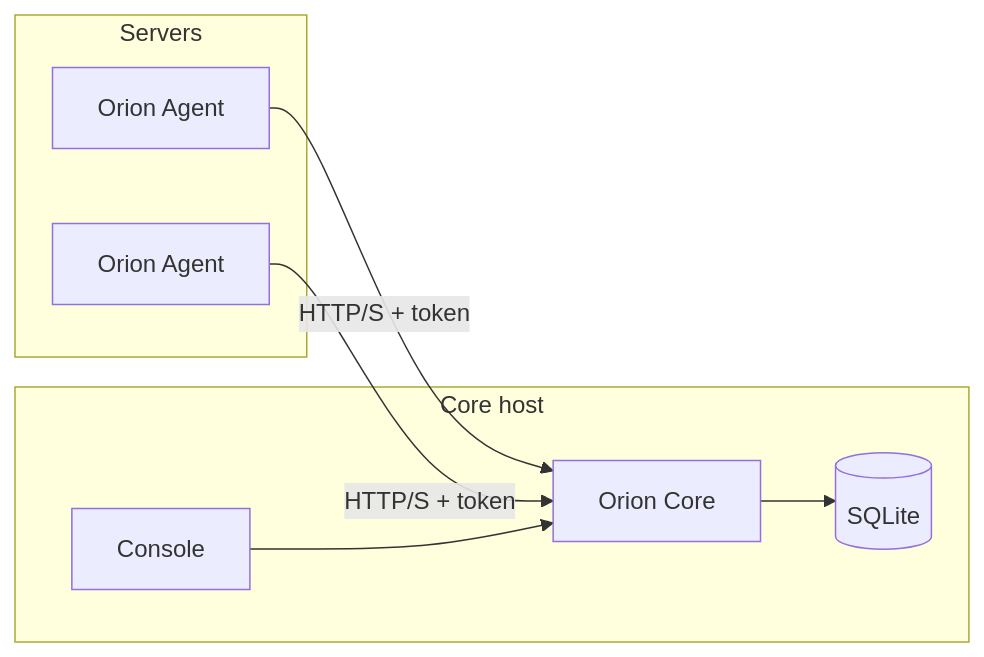
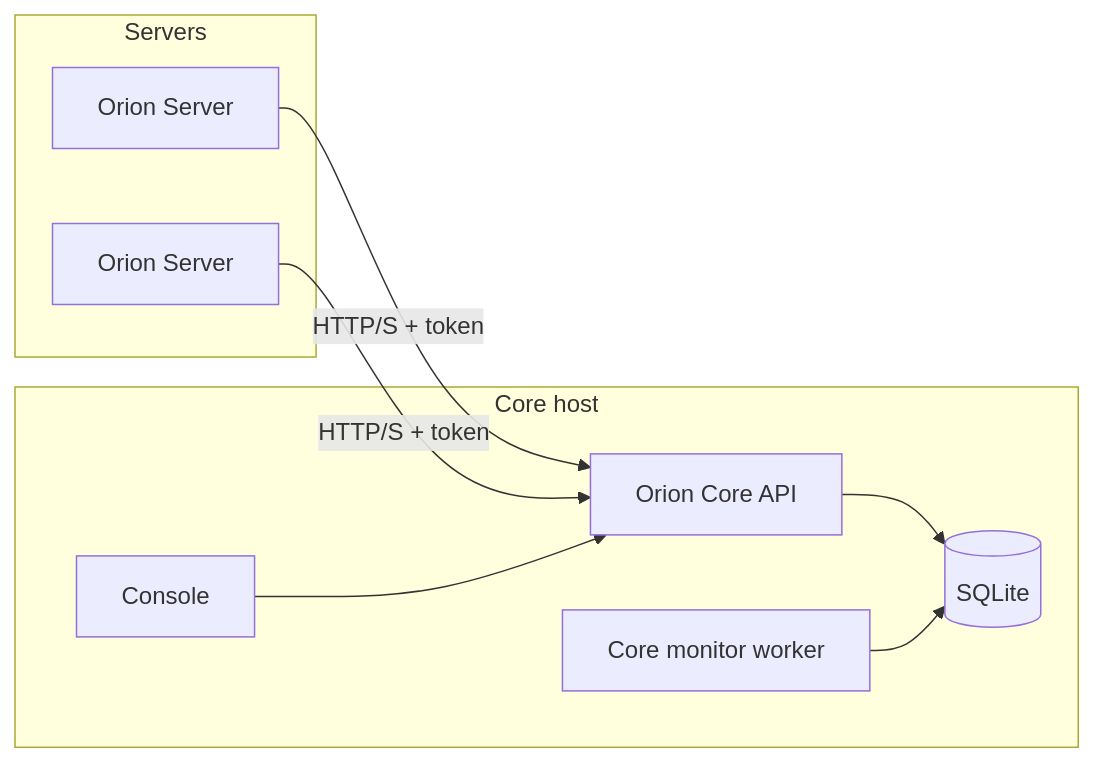
Before and after one commit to sunday-studio/orion: the diagram in README.md, drawn with Mermaid. The commit also changed other lines of this file and 223 other files, not shown here.

````diff
--- a/README.md
+++ b/README.md
@@ -21,16 +22,18 @@
 ```mermaid
 flowchart LR
     subgraph servers [Servers]
-        A1[Orion Agent]
-        A2[Orion Agent]
+        A1[Orion Server]
+        A2[Orion Server]
     end
     subgraph core [Core host]
-        C[Orion Core]
+        C[Orion Core API]
+        W[Core monitor worker]
         DB[(SQLite)]
         UI[Console]
     end
     A1 -->|HTTP/S + token| C
     A2 -->|HTTP/S + token| C
     C --> DB
+    W --> DB
     UI --> C
 ```
````
